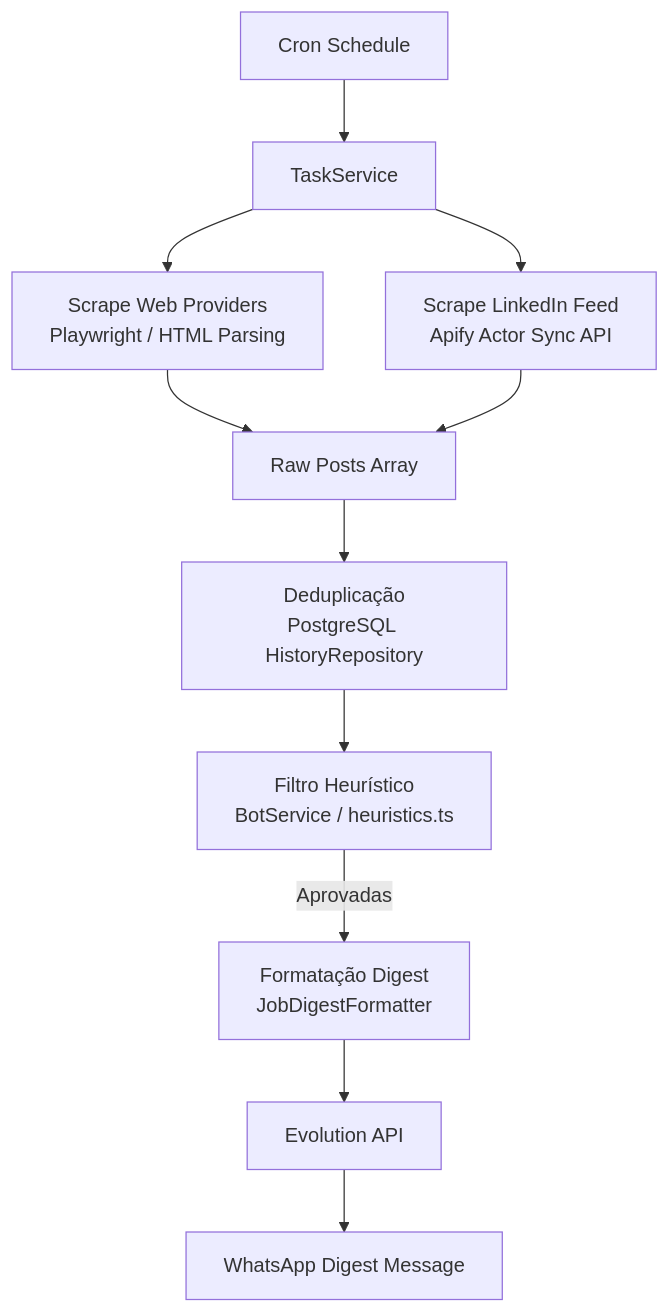
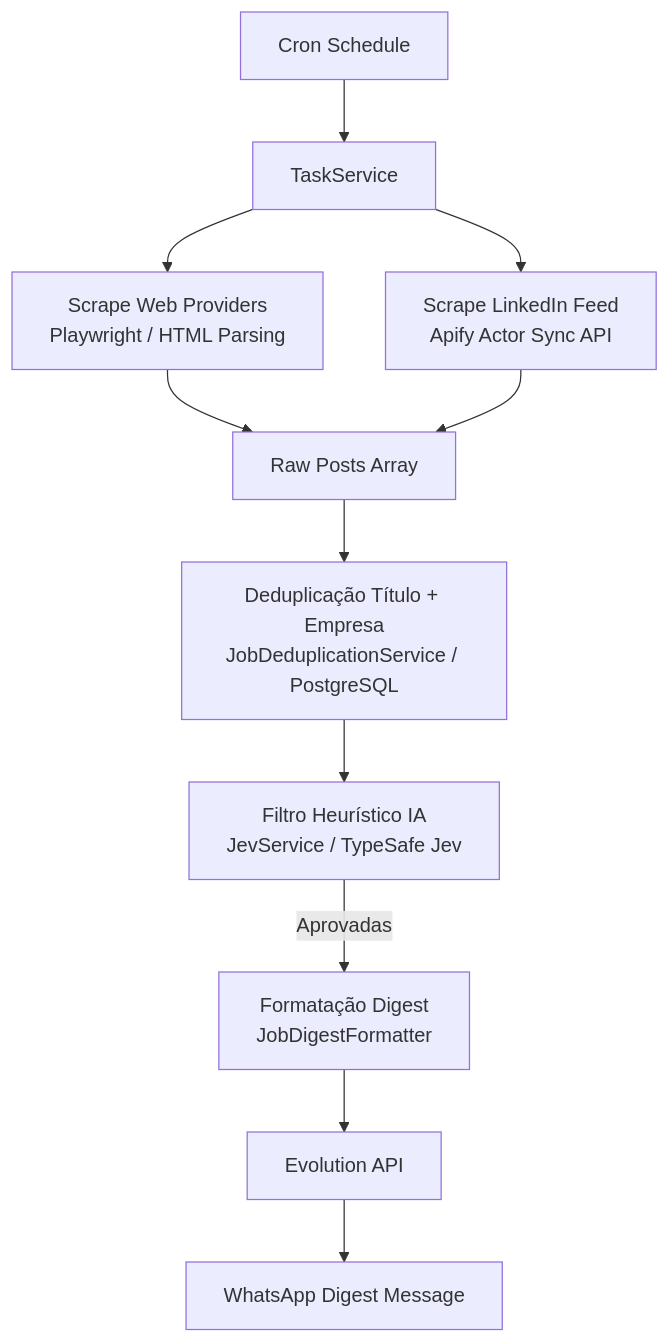
Before and after one commit to jose15000/jobScraperBot: the diagram in README.md, drawn with Mermaid. The commit also changed other lines of this file and 20 other files, not shown here.

Commit message:
feat: integrate TypeSafe Jev for semantic heuristics and add title/company deduplication

````diff
--- a/README.md
+++ b/README.md
@@ -9,13 +9,13 @@
 ```mermaid
 graph TD
     A[Cron Schedule] --> B[TaskService]
     B --> C[Scrape Web Providers<br/>Playwright / HTML Parsing]
     B --> D[Scrape LinkedIn Feed<br/>Apify Actor Sync API]
     C --> E[Raw Posts Array]
     D --> E
-    E --> F[Deduplicação<br/>PostgreSQL HistoryRepository]
-    F --> G[Filtro Heurístico<br/>BotService / heuristics.ts]
+    E --> F[Deduplicação Título + Empresa<br/>JobDeduplicationService / PostgreSQL]
+    F --> G[Filtro Heurístico IA<br/>JevService / TypeSafe Jev]
     G -->|Aprovadas| H[Formatação Digest<br/>JobDigestFormatter]
     H --> I[Evolution API]
     I --> J[WhatsApp Digest Message]
 ```
````
